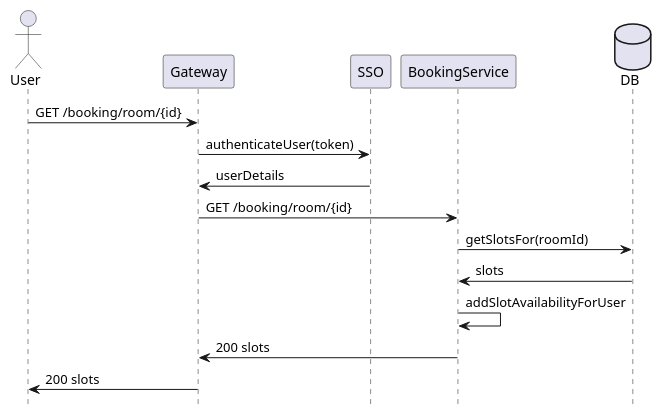
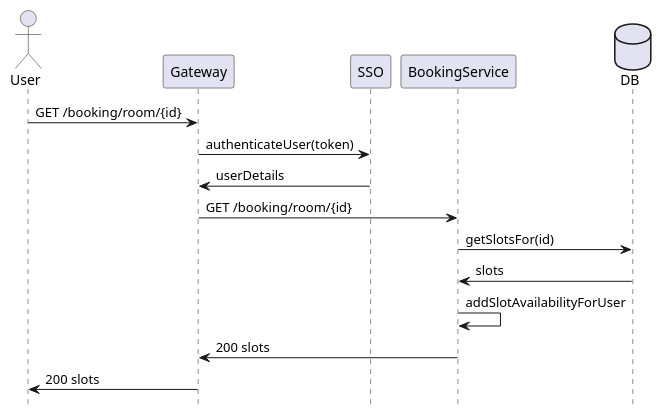
One commit to juanma-cvega/booking-engine changed the diagram in docs/getAvailableSlots.puml. Above: the diagram before and after it, drawn with PlantUML. The commit also changed 122 other files, not shown here.

```diff
--- a/docs/getAvailableSlots.puml
+++ b/docs/getAvailableSlots.puml
@@ -1,16 +1,16 @@
 @startuml
 hide footbox
 
 actor User
 User -> Gateway: GET /booking/room/{id}
 Gateway -> SSO: authenticateUser(token)
 SSO -> Gateway: userDetails
 Gateway -> BookingService: GET /booking/room/{id}
 database DB
-BookingService -> DB: getSlotsFor(roomId)
+BookingService -> DB: getSlotsFor(id)
 DB -> BookingService: slots
 BookingService -> BookingService: addSlotAvailabilityForUser
 BookingService -> Gateway:200 slots
 Gateway -> User: 200 slots
 
 @enduml
```
